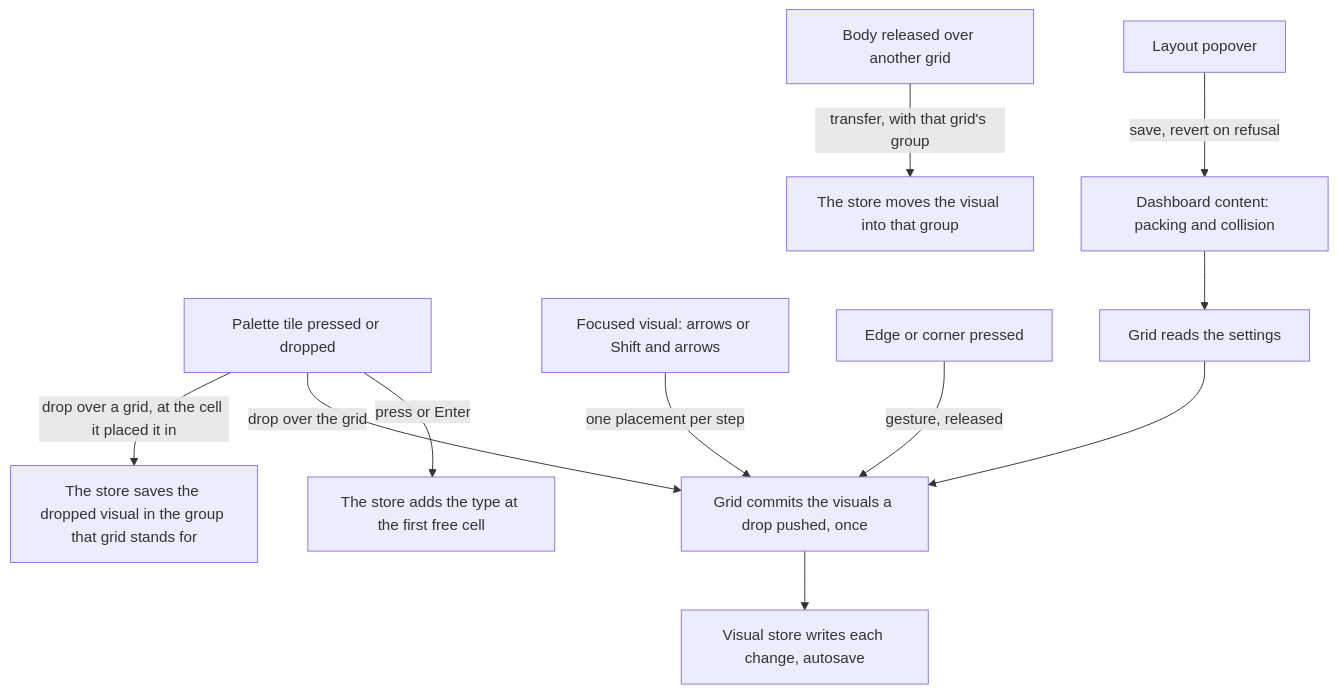
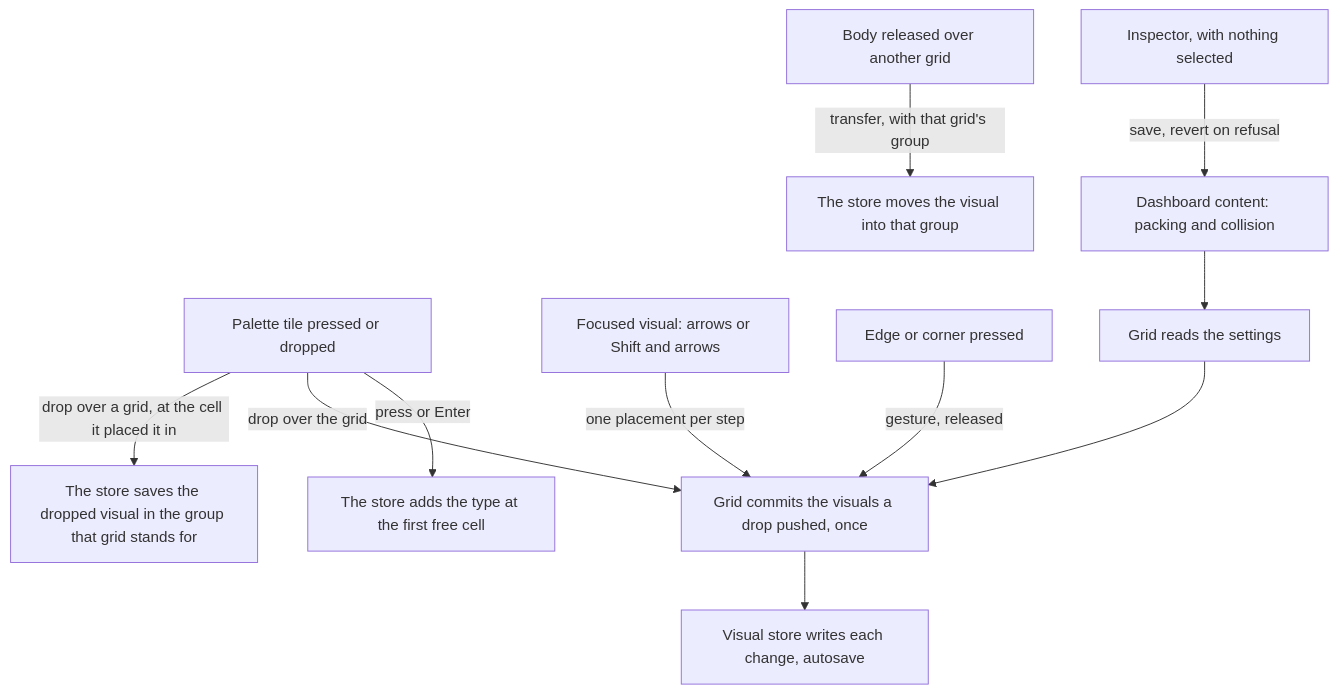
The diagram in openspec/specs/resource/dashboard-grid/design.md (Esposter/Esposter), drawn with Mermaid before and after one commit. The commit also changed other lines of this file and 4 other files, not shown here.

First line of the commit message:
docs(openspec): the dashboard layout and grid designs describe the inspector and the Visuals region

````diff
--- a/openspec/specs/resource/dashboard-grid/design.md
+++ b/openspec/specs/resource/dashboard-grid/design.md
@@ -72,13 +72,13 @@
 ```mermaid
 flowchart TD
   P["Palette tile pressed or dropped"] -->|"drop over a grid, at the cell it placed it in"| SD["The store saves the dropped visual in the group that grid stands for"]
   P -->|"drop over the grid"| G["Grid commits the visuals a drop pushed, once"]
   P -->|"press or Enter"| S["The store adds the type at the first free cell"]
   K["Focused visual: arrows or Shift and arrows"] -->|"one placement per step"| G
   H["Edge or corner pressed"] -->|"gesture, released"| G
   B["Body released over another grid"] -->|"transfer, with that grid's group"| MV["The store moves the visual into that group"]
-  L["Layout popover"] -->|"save, revert on refusal"| D["Dashboard content: packing and collision"]
+  L["Inspector, with nothing selected"] -->|"save, revert on refusal"| D["Dashboard content: packing and collision"]
   G --> V["Visual store writes each change, autosave"]
   D --> GR["Grid reads the settings"]
   GR --> G
 ```
````
